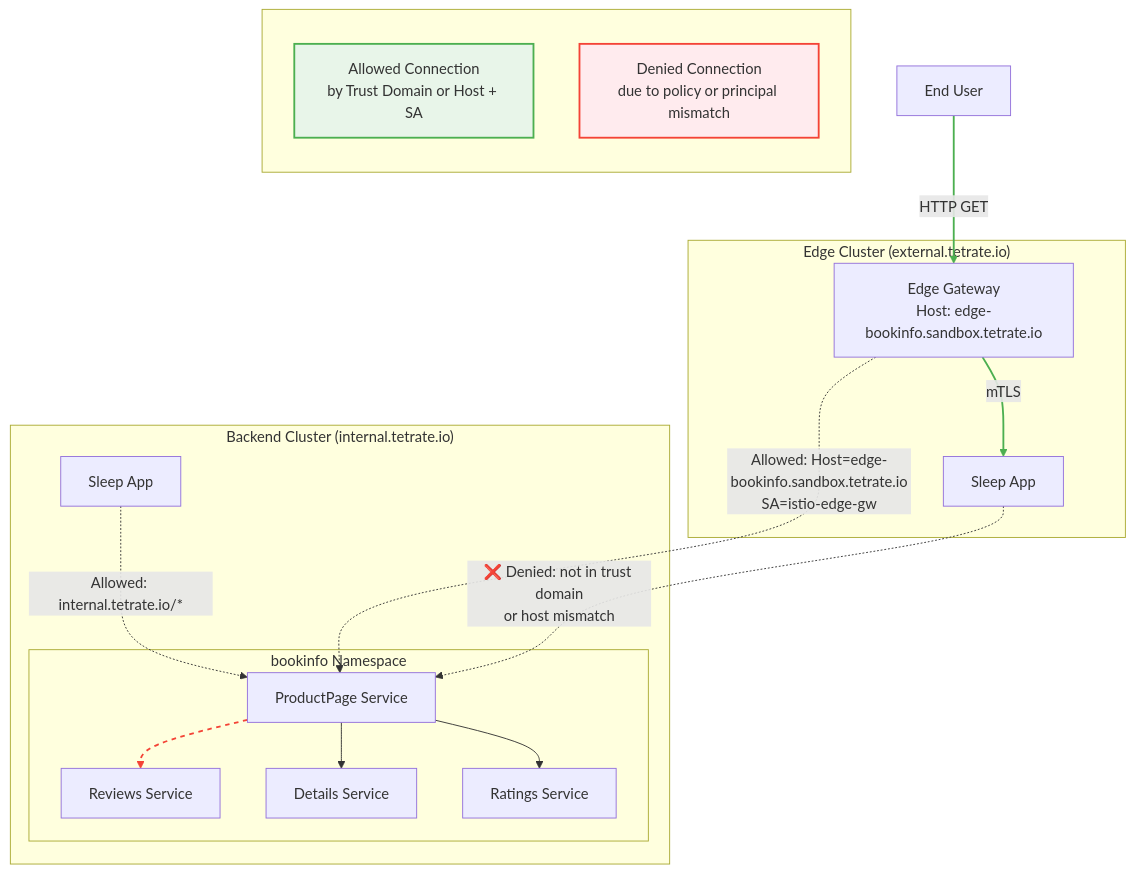
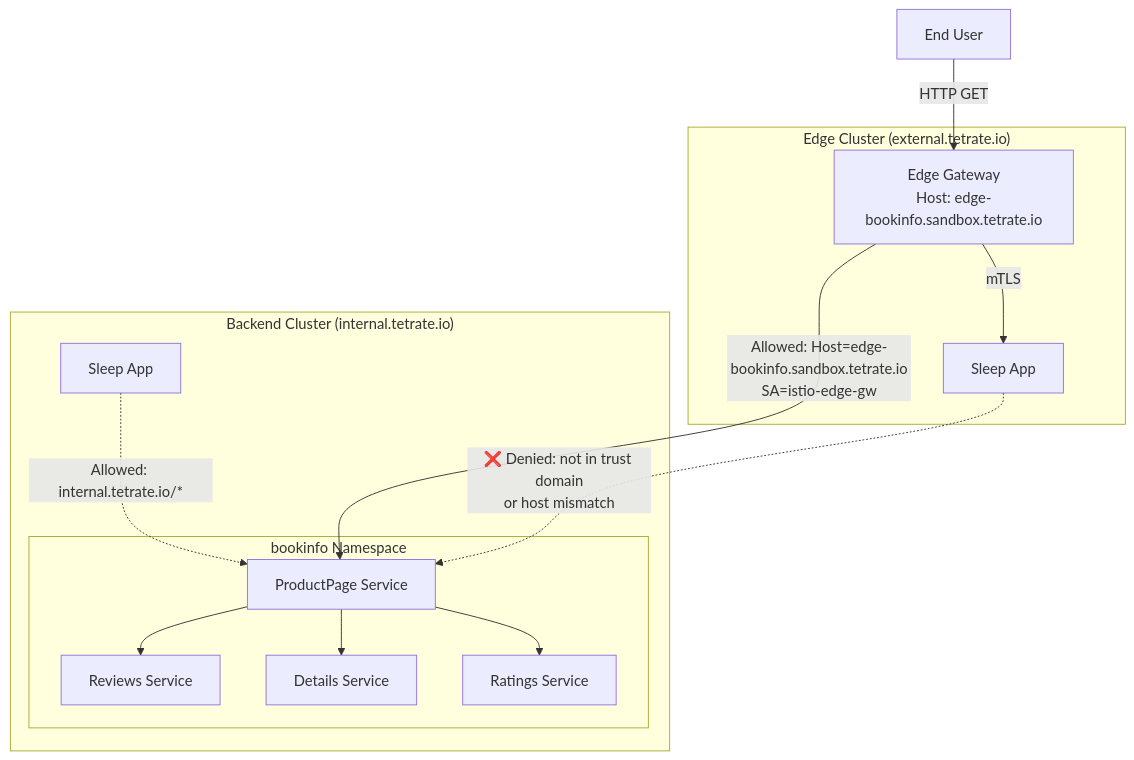
Before and after one commit to shamusx/istio-multicluster-demo: the diagram in AUTHORIZATION.md, drawn with Mermaid.

````diff
--- a/AUTHORIZATION.md
+++ b/AUTHORIZATION.md
@@ -6,45 +6,42 @@
 ```mermaid
 graph TD
+    %% Entry point from Internet
     User[End User] -->|HTTP GET| EdgeGW[Edge Gateway]
 
     %% Edge Cluster (external trust domain)
     subgraph Edge_Cluster["Edge Cluster (external.tetrate.io)"]
         EdgeGW[Edge Gateway<br/>Host: edge-bookinfo.sandbox.tetrate.io]
         SleepEdge[Sleep App]
         EdgeGW -->|mTLS| SleepEdge
     end
 
     %% Backend Cluster (internal trust domain)
     subgraph Backend_Cluster["Backend Cluster (internal.tetrate.io)"]
         subgraph Bookinfo_NS["bookinfo Namespace"]
             ProductPage[ProductPage Service]
             Reviews[Reviews Service]
             Details[Details Service]
             Ratings[Ratings Service]
             ProductPage --> Reviews
             ProductPage --> Details
             ProductPage --> Ratings
         end
         SleepBackend[Sleep App]
     end
 
     %% Authorization Policy Connections
     SleepBackend -.->|Allowed: internal.tetrate.io/*| ProductPage
-    EdgeGW -.->|Allowed: Host=edge-bookinfo.sandbox.tetrate.io<br/>SA=istio-edge-gw| ProductPage
+    EdgeGW --->|Allowed: Host=edge-bookinfo.sandbox.tetrate.io<br/>SA=istio-edge-gw| ProductPage
     SleepEdge -.->|❌ Denied: not in trust domain<br/>or host mismatch| ProductPage
 
-    %% Styling
-    classDef allowed fill:#e8f5e9,stroke:#4caf50,stroke-width:2px
-    classDef denied fill:#ffebee,stroke:#f44336,stroke-width:2px
-    classDef internet fill:#e3f2fd,stroke:#2196f3,stroke-width:2px
+    %% Styling AuthZ Links
+    %% link indexes: 
+    %% 0: User --> EdgeGW
+    %% 1: EdgeGW --> SleepEdge
+    %% 2: ProductPage --> Reviews
+    %% 3: ProductPage --> Details
+    %% 4: ProductPage --> Ratings
+    %% 5: SleepBackend -.
 
-    linkStyle 0,1 stroke:#4caf50,stroke-width:2px
-    linkStyle 2 stroke:#f44336,stroke-width:2px,stroke-dasharray: 5
 
-    %% Legend
-    subgraph Legend [ ]
-        direction TB
-        A[Allowed Connection<br/>by Trust Domain or Host + SA]:::allowed
-        B[Denied Connection<br/>due to policy or principal mismatch]:::denied
-    end
 ```
````
